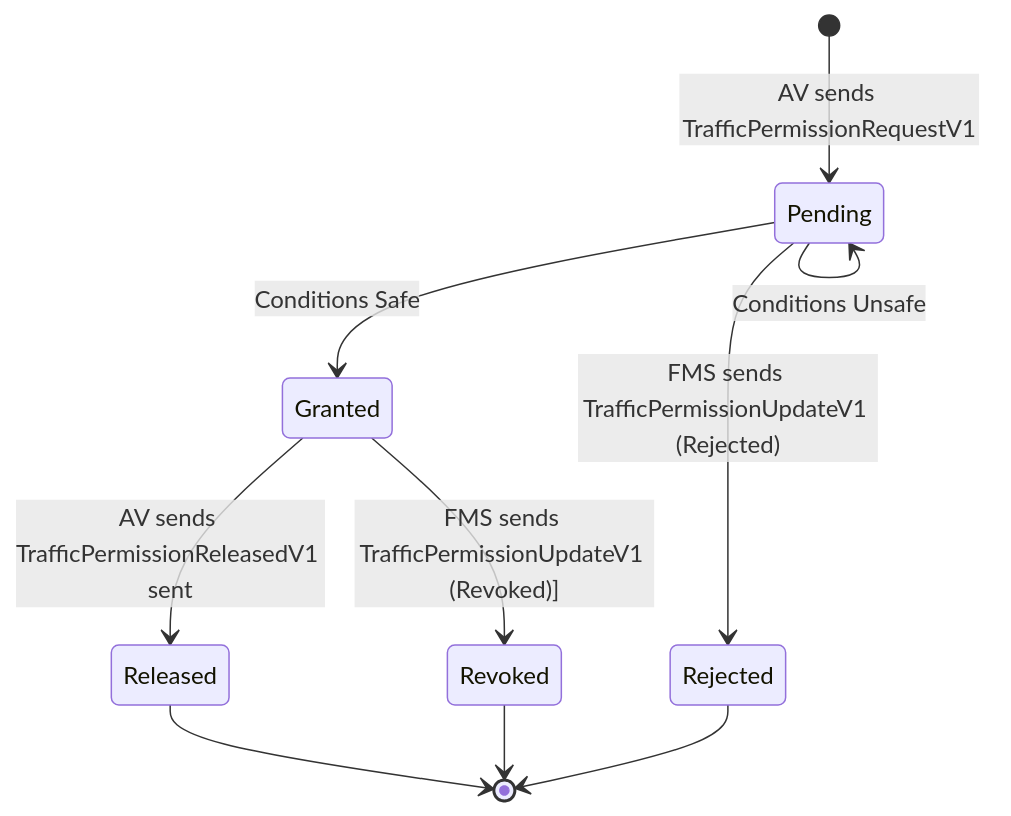
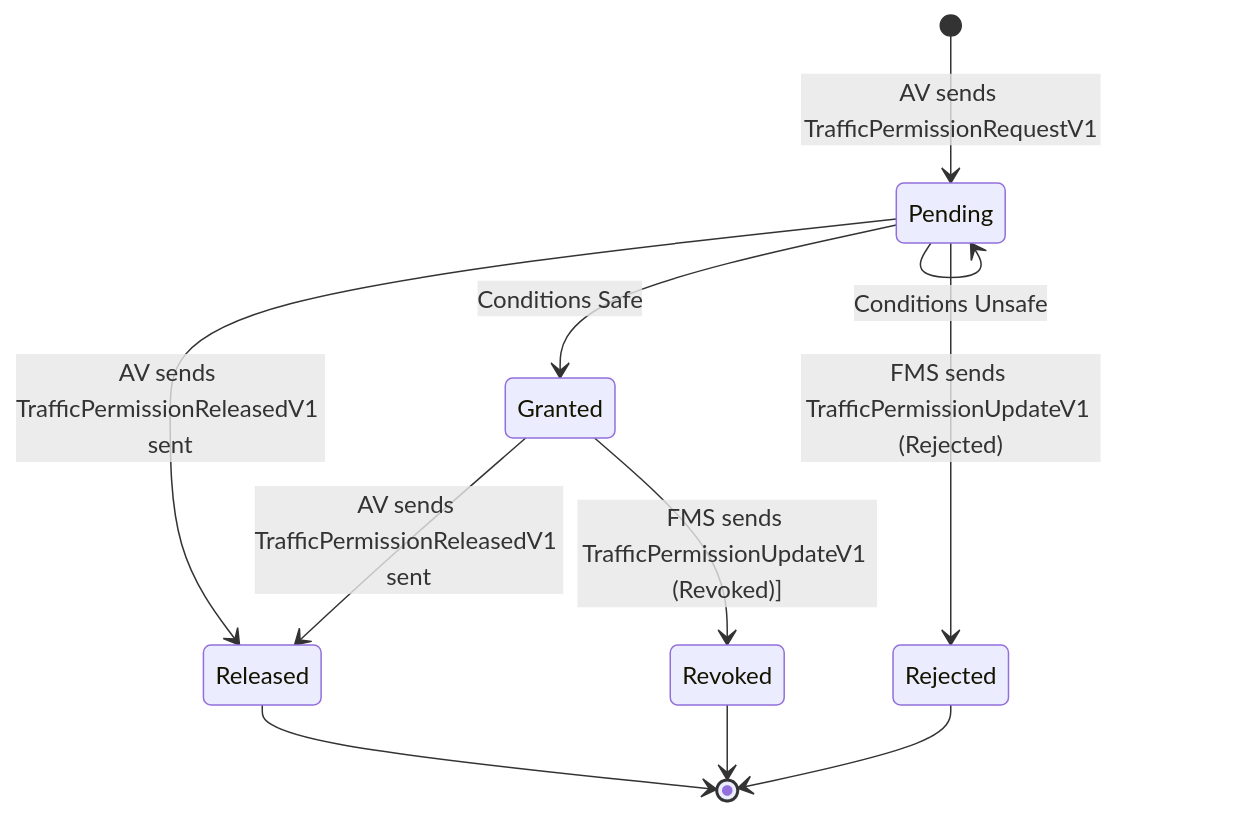
The diagram in README.md (open-autonomy/traffic-management), drawn with Mermaid before and after one commit.

Commit message:
Update README.md
Added transition from Pending to Released for AVs that release prior to permission being granted.

````diff
--- a/README.md
+++ b/README.md
@@ -24,12 +24,13 @@
 ```mermaid
 stateDiagram-v2
     [*] --> Pending : AV sends TrafficPermissionRequestV1
     Pending --> Pending : Conditions Unsafe
     Pending --> Granted : Conditions Safe
     Pending --> Rejected : FMS sends TrafficPermissionUpdateV1 (Rejected)
+    Pending --> Released : AV sends TrafficPermissionReleasedV1 sent
     Granted --> Revoked : FMS sends TrafficPermissionUpdateV1 (Revoked)]
     Granted --> Released : AV sends TrafficPermissionReleasedV1 sent
     Released --> [*]
     Revoked --> [*]
     Rejected --> [*]
 ```
````
